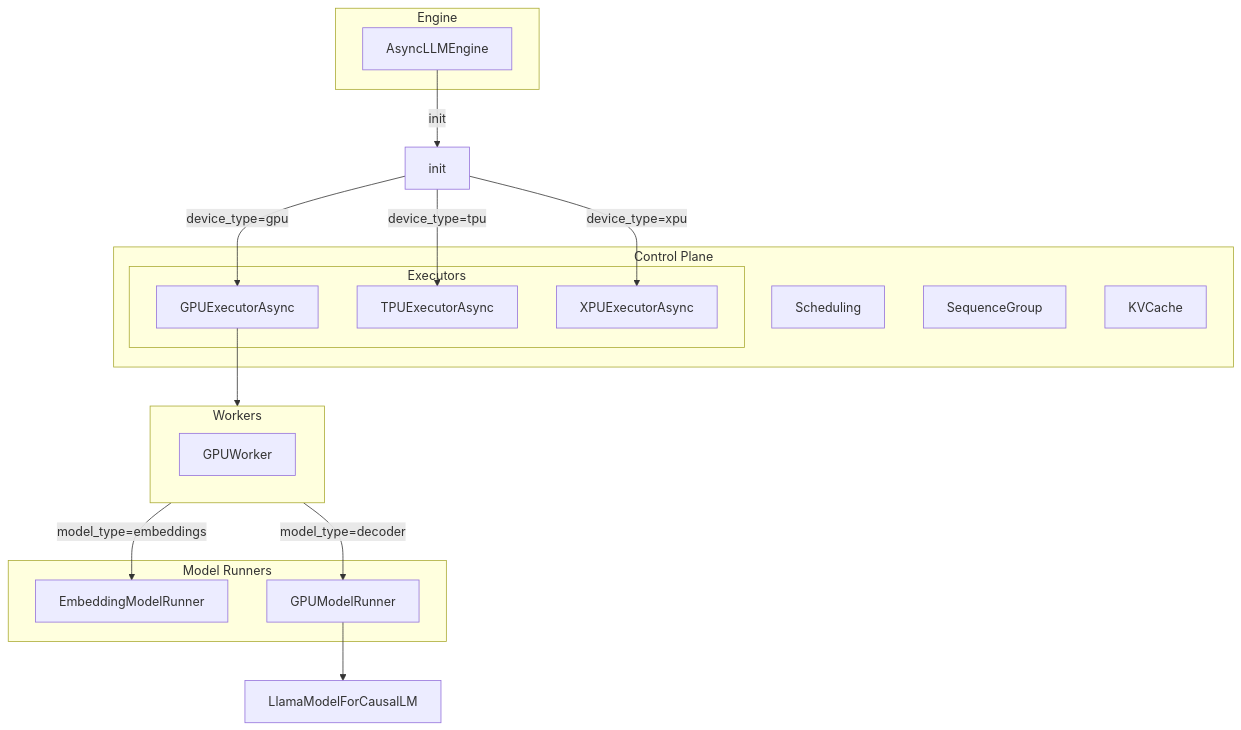
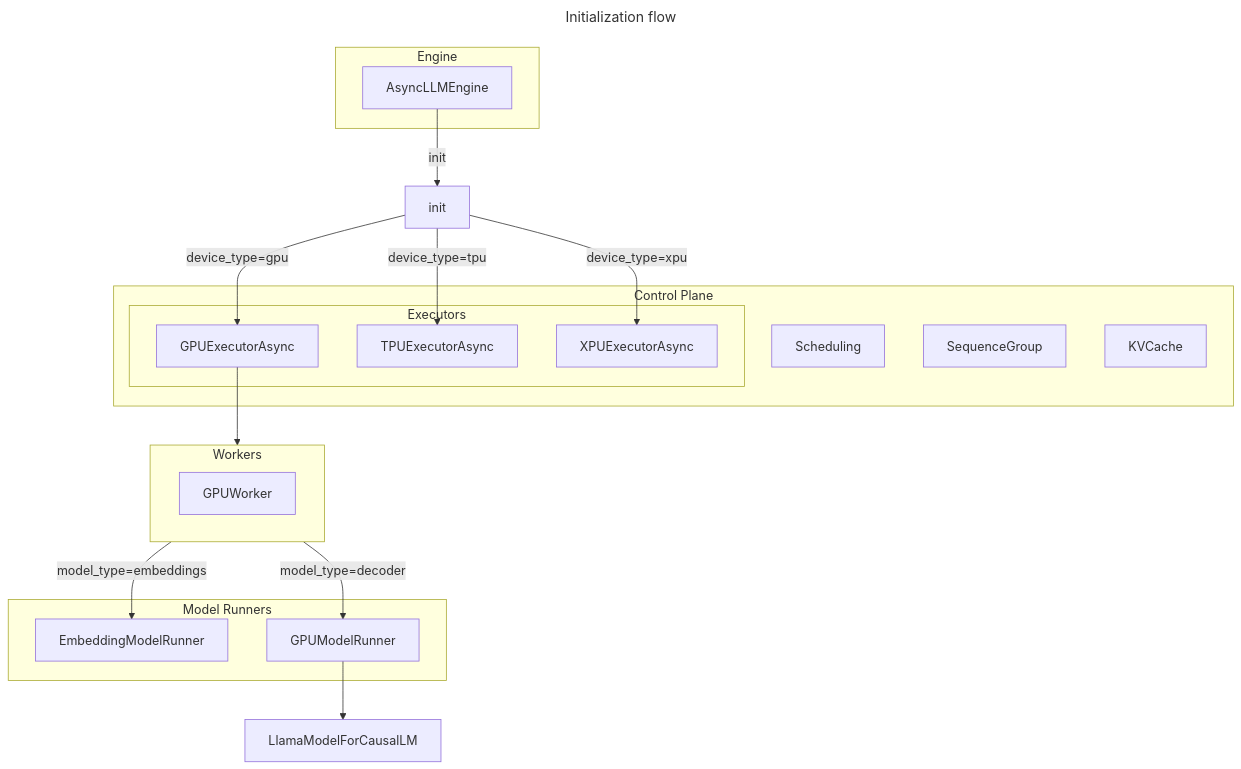
Before and after one commit to aarnphm/aarnphm.github.io: the first of 2 diagrams in content/thoughts/vllm.md, drawn with Mermaid. The commit also changed other lines of this file, not shown here.

````diff
--- a/content/thoughts/vllm.md
+++ b/content/thoughts/vllm.md
@@ -115,37 +113,40 @@
 ```mermaid
+---
+title: Initialization flow
+---
 graph TB
   subgraph Engine
     AsyncLLMEngine[AsyncLLMEngine]
   end
 
   subgraph Executors
     GPU[GPUExecutorAsync]
     TPU[TPUExecutorAsync]
     XPU[XPUExecutorAsync]
   end
 
   subgraph Workers
     GPUWorker[GPUWorker]
   end
 
   subgraph Model Runners
     EmbeddingModelRunner[EmbeddingModelRunner]
     GPUModelRunner[GPUModelRunner]
   end
 
   subgraph Control Plane
     Scheduling[Scheduling]
     SequenceGroup[SequenceGroup]
     KVCache[KVCache]
     Executors
   end
 
   AsyncLLMEngine --> |init| C[init]
   C --> |device_type=gpu| GPU
   C --> |device_type=tpu| TPU
   C --> |device_type=xpu| XPU
   GPU --> Workers
   Workers --> |model_type=decoder| GPUModelRunner
   Workers --> |model_type=embeddings| EmbeddingModelRunner
   GPUModelRunner --> ModelClassImpl[LlamaModelForCausalLM]
 ```
````
